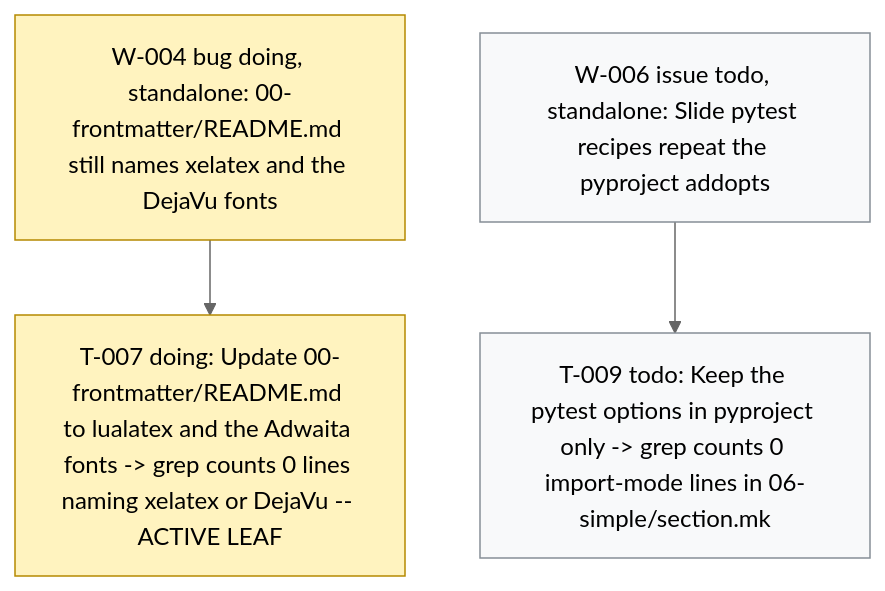
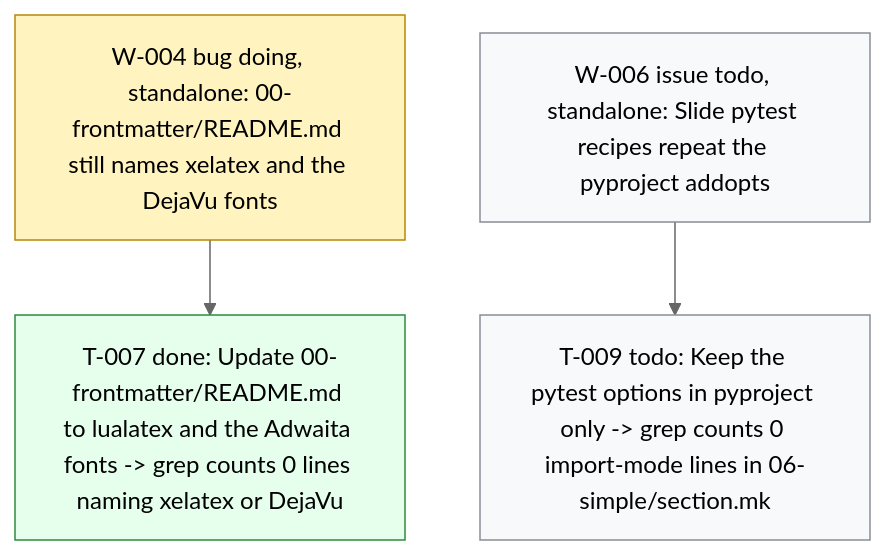
The diagram in .board/BOARD.md (dpopchev/chaos-to-simple), drawn with Mermaid (neutral theme) before and after one commit. The commit also changed other lines of this file and 1 other file, not shown here.

Commit message:
chore(board): close T-007 -- W-004 ready to land
Refs: W-004 T-007

````diff
--- a/.board/BOARD.md
+++ b/.board/BOARD.md
@@ -42,14 +42,15 @@
 ```mermaid
 flowchart TD
   W004["W-004 bug doing, standalone: 00-frontmatter/README.md still names xelatex and the DejaVu fonts"]
-  W004 --> T007["T-007 doing: Update 00-frontmatter/README.md to lualatex and the Adwaita fonts -> grep counts 0 lines naming xelatex or DejaVu -- ACTIVE LEAF"]
+  W004 --> T007["T-007 done: Update 00-frontmatter/README.md to lualatex and the Adwaita fonts -> grep counts 0 lines naming xelatex or DejaVu"]
   W006["W-006 issue todo, standalone: Slide pytest recipes repeat the pyproject addopts"]
   W006 --> T009["T-009 todo: Keep the pytest options in pyproject only -> grep counts 0 import-mode lines in 06-simple/section.mk"]
   classDef doing fill:#fff3bf,stroke:#b58900,color:#000;
   classDef blocked fill:#ffe3e3,stroke:#c92a2a,color:#000;
   classDef done fill:#e6ffed,stroke:#2b8a3e,color:#000;
   classDef todo fill:#f8f9fa,stroke:#868e96,color:#000;
   classDef pruned fill:#f1f3f5,stroke:#adb5bd,color:#000;
-  class W004,T007 doing
+  class W004 doing
+  class T007 done
   class W006,T009 todo
 ```
````
